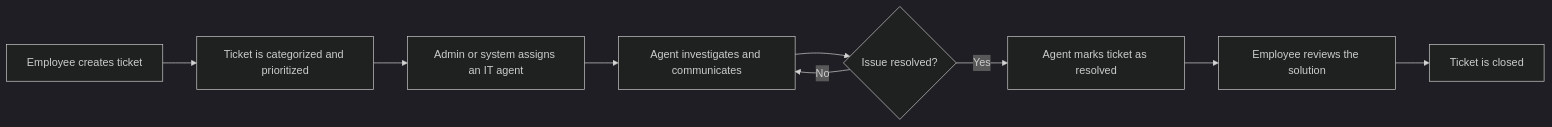
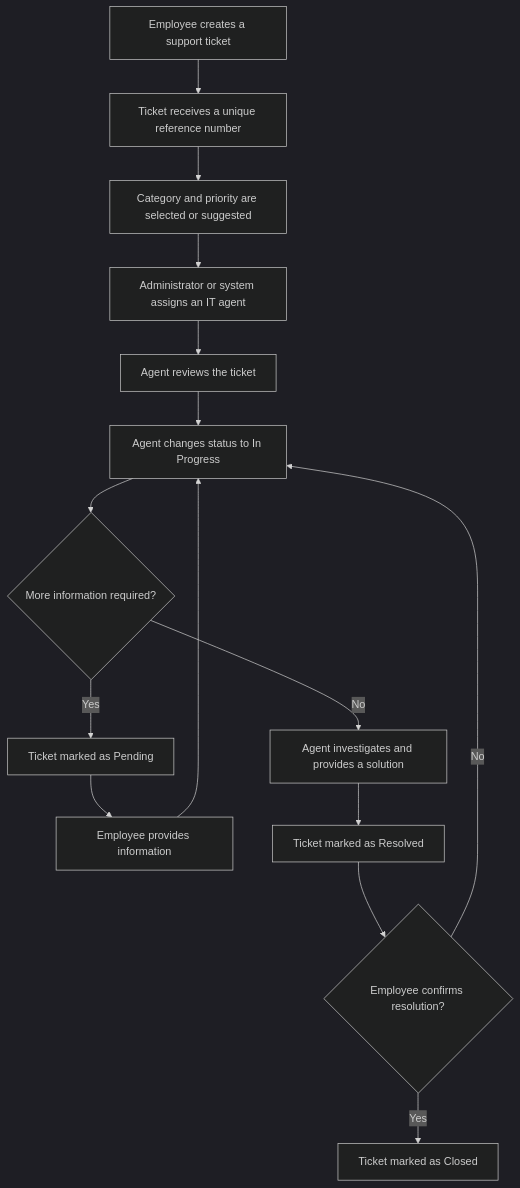
Before and after one commit to fatimaghannam/ResolveHub: the first of 2 diagrams in README.md, drawn with Mermaid (dark theme). The commit also changed other lines of this file, not shown here.

````diff
--- a/README.md
+++ b/README.md
@@ -42,11 +321,17 @@
 ```mermaid
-flowchart LR
-    A[Employee creates ticket] --> B[Ticket is categorized and prioritized]
-    B --> C[Admin or system assigns an IT agent]
-    C --> D[Agent investigates and communicates]
-    D --> E{Issue resolved?}
-    E -- No --> D
-    E -- Yes --> F[Agent marks ticket as resolved]
-    F --> G[Employee reviews the solution]
-    G --> H[Ticket is closed]
+flowchart TD
+    A[Employee creates a support ticket] --> B[Ticket receives a unique reference number]
+    B --> C[Category and priority are selected or suggested]
+    C --> D[Administrator or system assigns an IT agent]
+    D --> E[Agent reviews the ticket]
+    E --> F[Agent changes status to In Progress]
+    F --> G{More information required?}
+    G -- Yes --> H[Ticket marked as Pending]
+    H --> I[Employee provides information]
+    I --> F
+    G -- No --> J[Agent investigates and provides a solution]
+    J --> K[Ticket marked as Resolved]
+    K --> L{Employee confirms resolution?}
+    L -- No --> F
+    L -- Yes --> M[Ticket marked as Closed]
 ```
````
